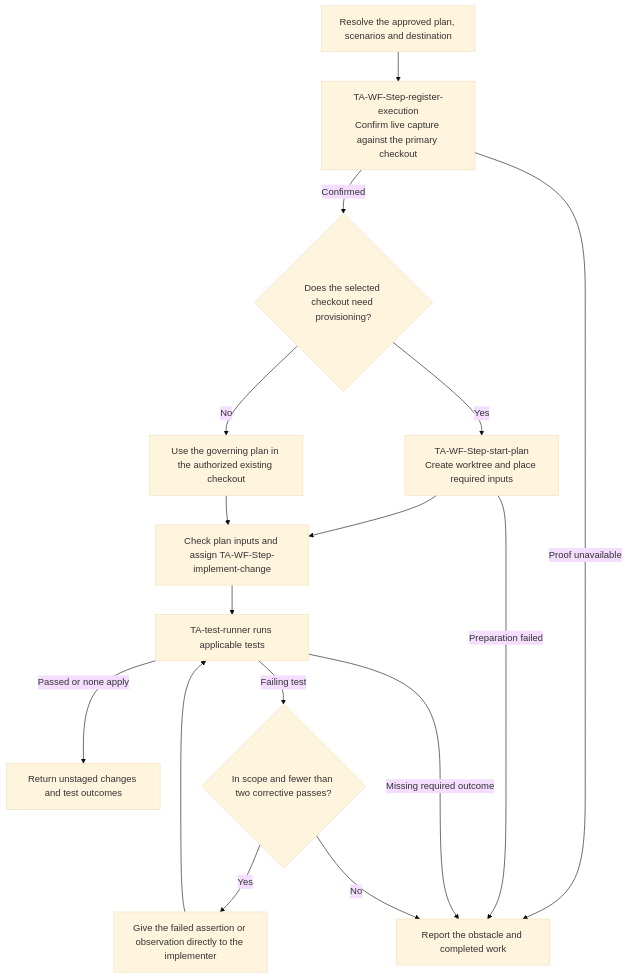
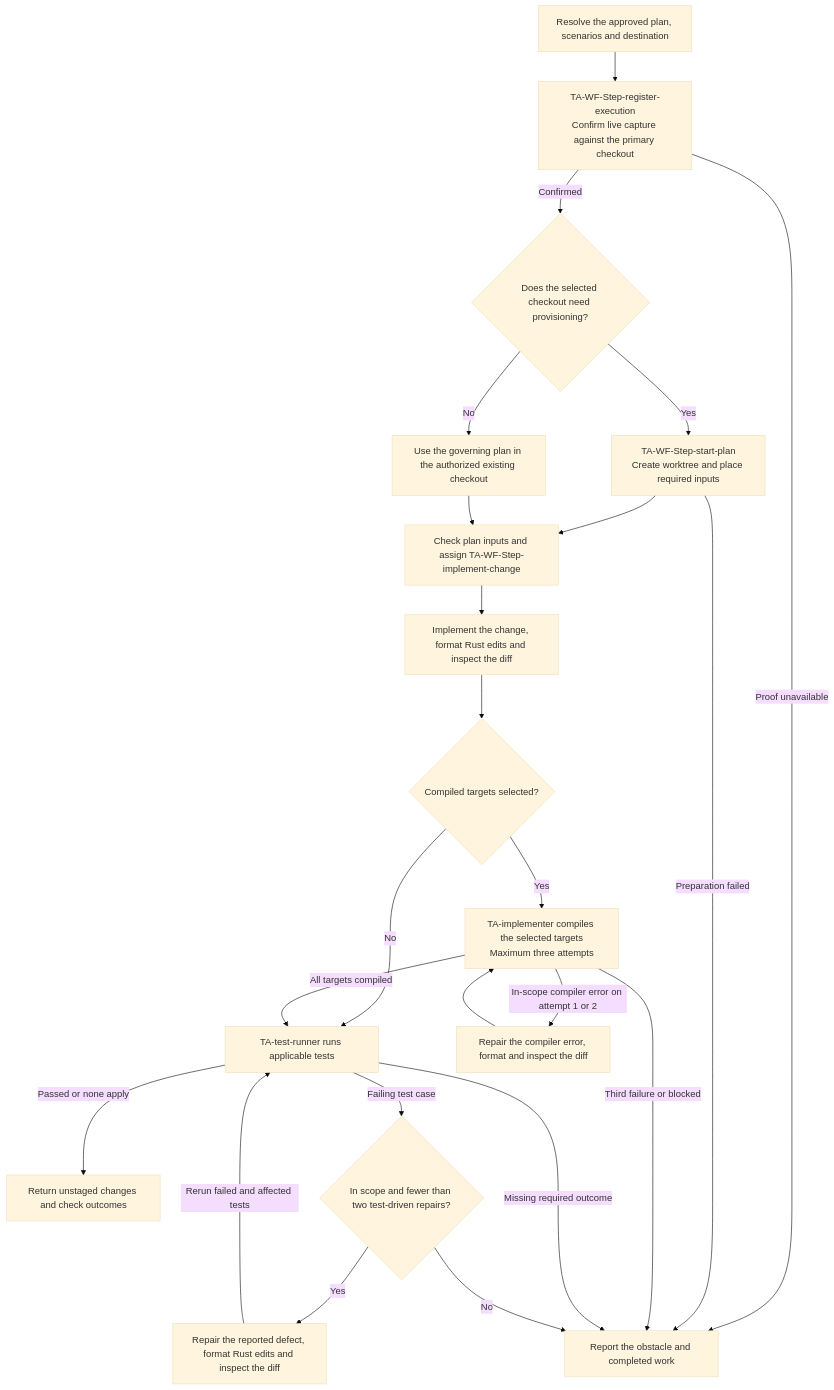
Before and after one commit to tomek-anuszkiewicz/amiga-studio: the second of 6 diagrams in .agents/skills/README.md, drawn with Mermaid (base theme). The commit also changed other lines of this file and 4 other files, not shown here.

Commit message:
Compile selected Rust targets before test handoff

````diff
--- a/.agents/skills/README.md
+++ b/.agents/skills/README.md
@@ -60,19 +61,26 @@
 ```mermaid
 flowchart TD
     Inputs["Resolve the approved plan, scenarios and destination"]
     Inputs --> Register["TA-WF-Step-register-execution<br/>Confirm live capture against the primary checkout"]
     Register -->|Confirmed| Checkout{"Does the selected checkout need provisioning?"}
     Register -->|Proof unavailable| Report["Report the obstacle and completed work"]
     Checkout -->|Yes| Provision["TA-WF-Step-start-plan<br/>Create worktree and place required inputs"]
     Checkout -->|No| Existing["Use the governing plan in the authorized existing checkout"]
     Provision --> Assign["Check plan inputs and assign TA-WF-Step-implement-change"]
     Existing --> Assign
     Provision -->|Preparation failed| Report
-    Assign --> Tests["TA-test-runner runs applicable tests"]
-    Tests -->|Passed or none apply| Result["Return unstaged changes and test outcomes"]
+    Assign --> Implement["Implement the change, format Rust edits and inspect the diff"]
+    Implement --> Targets{"Compiled targets selected?"}
+    Targets -->|No| Tests["TA-test-runner runs applicable tests"]
+    Targets -->|Yes| Compile["TA-implementer compiles the selected targets<br/>Maximum three attempts"]
+    Compile -->|All targets compiled| Tests
+    Compile -->|In-scope compiler error on attempt 1 or 2| CompileRepair["Repair the compiler error, format and inspect the diff"]
+    CompileRepair --> Compile
+    Compile -->|Third failure or blocked| Report
+    Tests -->|Passed or none apply| Result["Return unstaged changes and check outcomes"]
     Tests -->|Missing required outcome| Report
-    Tests -->|Failing test| Limit{"In scope and fewer than two corrective passes?"}
-    Limit -->|Yes| Repair["Give the failed assertion or observation directly to the implementer"]
-    Repair --> Tests
+    Tests -->|Failing test case| Limit{"In scope and fewer than two test-driven repairs?"}
+    Limit -->|Yes| Repair["Repair the reported defect, format Rust edits and inspect the diff"]
+    Repair -->|Rerun failed and affected tests| Tests
     Limit -->|No| Report
 ```
````
